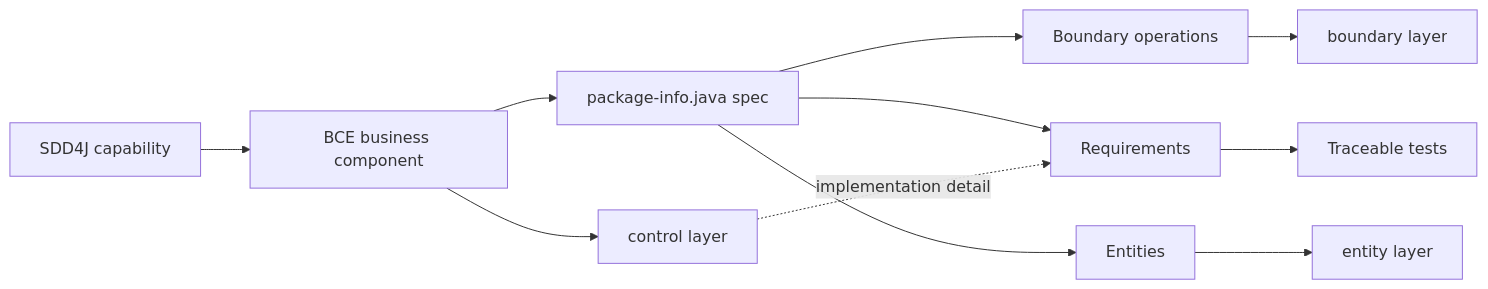
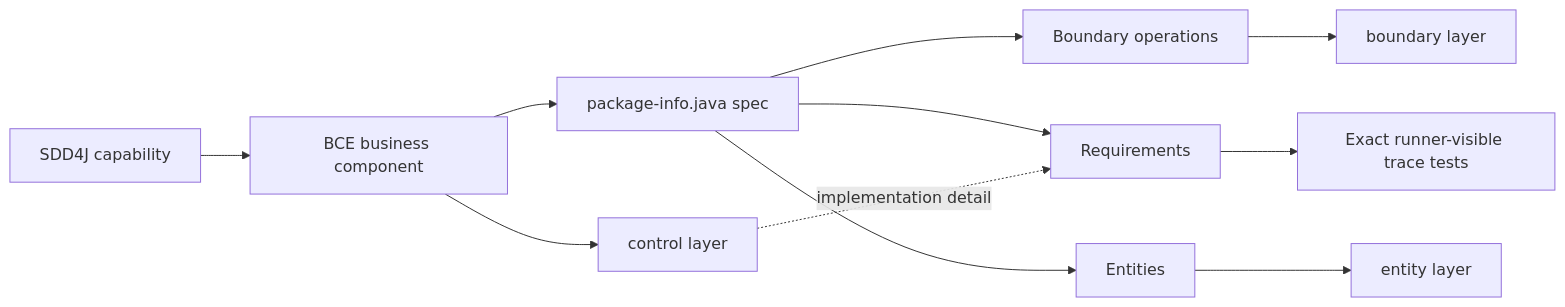
Before and after one commit to dearrudam/agent-skills-01: the diagram in skills/sdd4j-bce/README.md, drawn with Mermaid. The commit also changed other lines of this file and 1 other file, not shown here.

````diff
--- a/skills/sdd4j-bce/README.md
+++ b/skills/sdd4j-bce/README.md
@@ -11,13 +13,13 @@
 ```mermaid
 flowchart LR
   A[SDD4J capability] --> B[BCE business component]
   B --> P[package-info.java spec]
   P --> BO[Boundary operations]
   P --> R[Requirements]
   P --> E[Entities]
   BO --> BL[boundary layer]
-  R --> T[Traceable tests]
+  R --> T[Exact runner-visible trace tests]
   E --> EL[entity layer]
   B --> CL[control layer]
   CL -. implementation detail .-> R
 ```
````
